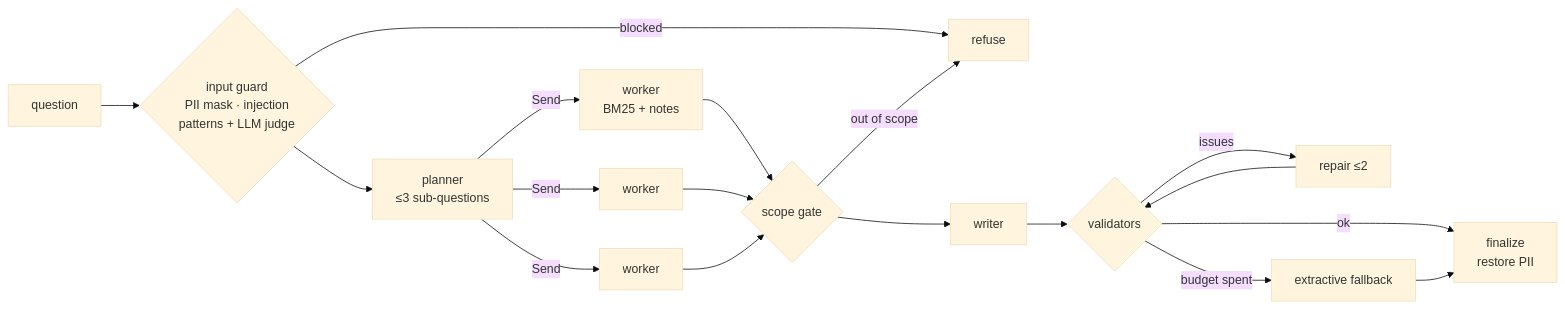
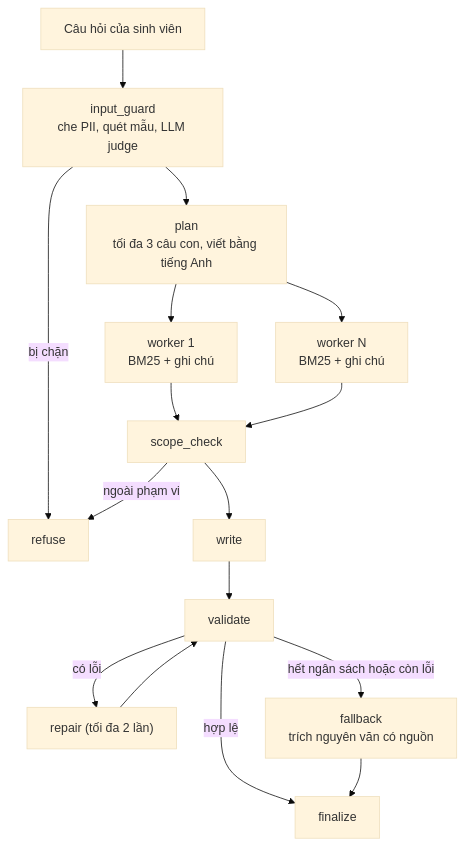
Before and after one commit to mthanh-412/OppHunter: the diagram in README.md, drawn with Mermaid (base theme). The commit also changed other lines of this file and 6 other files, not shown here.

````diff
--- a/README.md
+++ b/README.md
@@ -26,15 +20,18 @@
 ```mermaid
-flowchart LR
-  Q[question] --> G{input guard<br/>PII mask · injection<br/>patterns + LLM judge}
-  G -- blocked --> R[refuse]
-  G --> P[planner<br/>≤3 sub-questions]
-  P -- Send --> W1[worker<br/>BM25 + notes]
-  P -- Send --> W2[worker]
-  P -- Send --> W3[worker]
-  W1 & W2 & W3 --> S{scope gate}
-  S -- out of scope --> R
-  S --> WR[writer] --> V{validators}
-  V -- issues --> RP[repair ≤2] --> V
-  V -- ok --> F[finalize<br/>restore PII]
-  V -- budget spent --> FB[extractive fallback] --> F
+flowchart TD
+    Q["Câu hỏi của sinh viên"] --> G["input_guard<br/>che PII, quét mẫu, LLM judge"]
+    G -- "bị chặn" --> R["refuse"]
+    G --> P["plan<br/>tối đa 3 câu con, viết bằng tiếng Anh"]
+    P --> W1["worker 1<br/>BM25 + ghi chú"]
+    P --> W2["worker N<br/>BM25 + ghi chú"]
+    W1 --> S["scope_check"]
+    W2 --> S
+    S -- "ngoài phạm vi" --> R
+    S --> WR["write"]
+    WR --> V["validate"]
+    V -- "hợp lệ" --> F["finalize"]
+    V -- "có lỗi" --> RP["repair (tối đa 2 lần)"]
+    RP --> V
+    V -- "hết ngân sách hoặc còn lỗi" --> FB["fallback<br/>trích nguyên văn có nguồn"]
+    FB --> F
 ```
````
